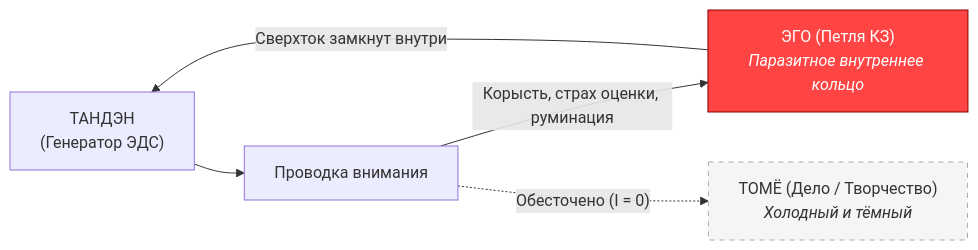
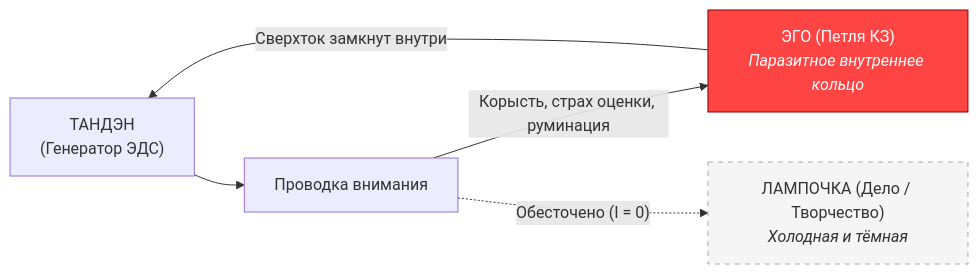
The third of 3 diagrams in wiki/Inner Current (The Nature of the Light Bulb and Zen Load).md (vsanyanov-ux/inner-current), drawn with Mermaid before and after one commit. The commit also changed other lines of this file and 1926 other files, not shown here.

````diff
--- a/wiki/Inner Current (The Nature of the Light Bulb and Zen Load).md
+++ b/wiki/Inner Current (The Nature of the Light Bulb and Zen Load).md
@@ -159,11 +175,11 @@
 ```mermaid
 flowchart LR
     T["ТАНДЭН<br/>(Генератор ЭДС)"] --> Wire["Проводка внимания"]
     Wire -->|"Корысть, страх оценки, руминация"| Ego["ЭГО (Петля КЗ)<br/><i>Паразитное внутреннее кольцо</i>"]
     Ego -->|"Сверхток замкнут внутри"| T
     
-    Wire -. "Обесточено (I = 0)" .-> Lamp["ТОМЁ (Дело / Творчество)<br/><i>Холодный и тёмный</i>"]
+    Wire -. "Обесточено (I = 0)" .-> Lamp["ЛАМПОЧКА (Дело / Творчество)<br/><i>Холодная и тёмная</i>"]
 
     style Ego fill:#ff4444,stroke:#880000,color:#ffffff
     style Lamp fill:#f5f5f5,stroke:#aaaaaa,stroke-dasharray: 5 5
 ```
````
